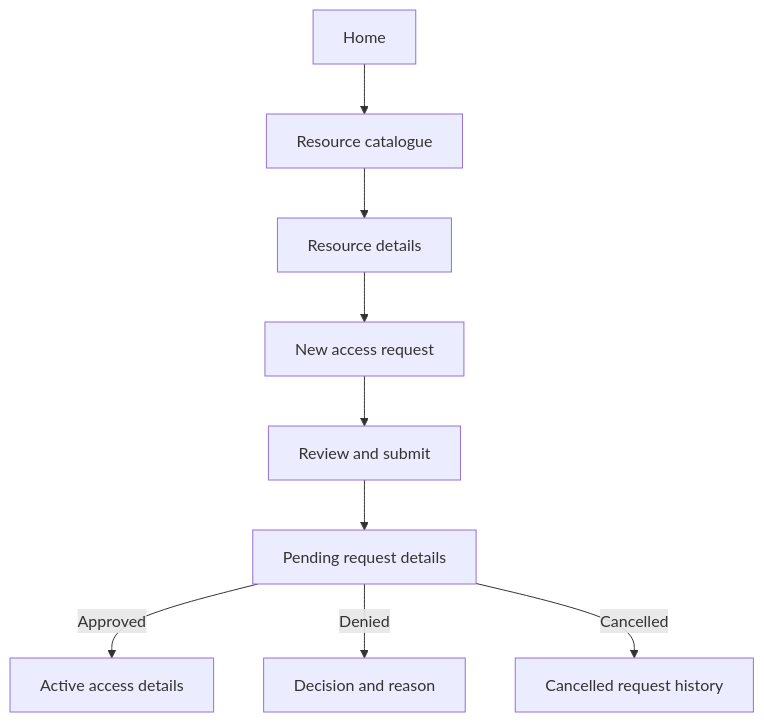
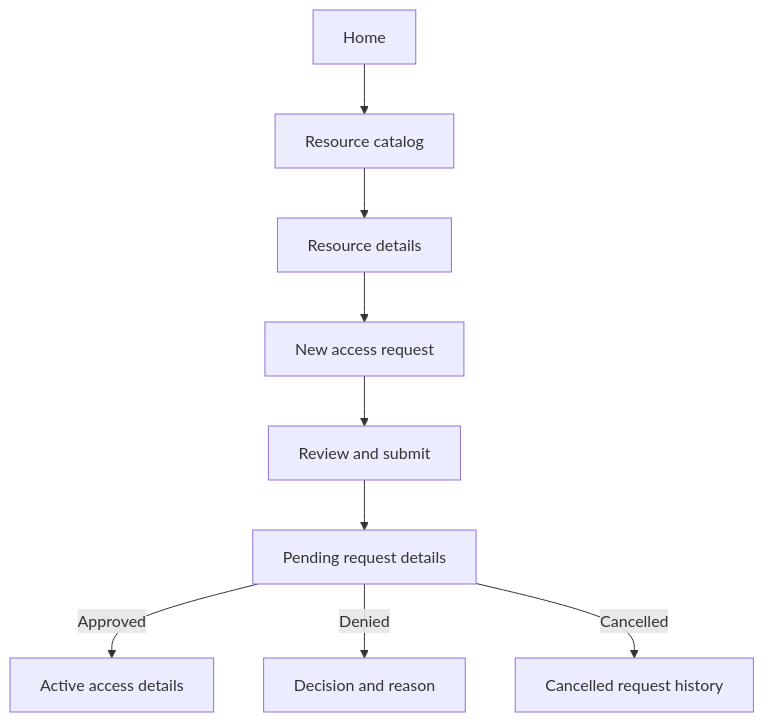
One commit to spine-examples/access-desk-ts changed the fifth of 8 diagrams in PRD.md. Above: the diagram before and after it, drawn with Mermaid. The commit also changed other lines of this file and 19 other files, not shown here.

Commit message:
Rename catalogue to catalog.

````diff
--- a/PRD.md
+++ b/PRD.md
@@ -1514,11 +1514,11 @@
 ```mermaid
 flowchart TD
-    A["Home"] --> B["Resource catalogue"]
+    A["Home"] --> B["Resource catalog"]
     B --> C["Resource details"]
     C --> D["New access request"]
     D --> E["Review and submit"]
     E --> F["Pending request details"]
     F -->|"Approved"| G["Active access details"]
     F -->|"Denied"| H["Decision and reason"]
     F -->|"Cancelled"| I["Cancelled request history"]
 ```
````
